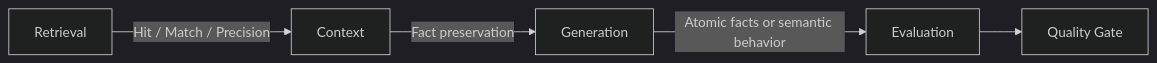
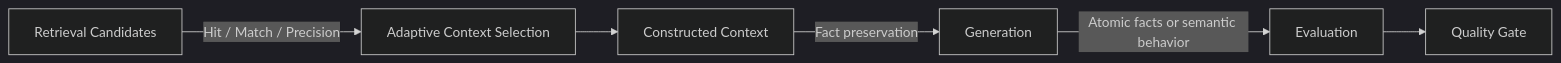
Before and after one commit to oleksandrserhieiev-beep/ai-qe-lab: the sixth of 9 diagrams in docs/architecture.md, drawn with Mermaid (dark theme). The commit also changed other lines of this file, not shown here.

Commit message:
Align architecture with implemented adaptive context flow

````diff
--- a/docs/architecture.md
+++ b/docs/architecture.md
@@ -220,7 +199,8 @@
 ```mermaid
 flowchart LR
-    R[Retrieval] -->|Hit / Match / Precision| C[Context]
+    R[Retrieval Candidates] -->|Hit / Match / Precision| S[Adaptive Context Selection]
+    S --> C[Constructed Context]
     C -->|Fact preservation| G[Generation]
     G -->|Atomic facts or semantic behavior| E[Evaluation]
     E --> Q[Quality Gate]
 ```
````
